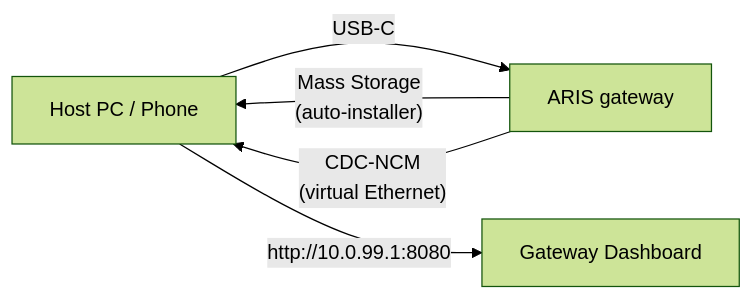
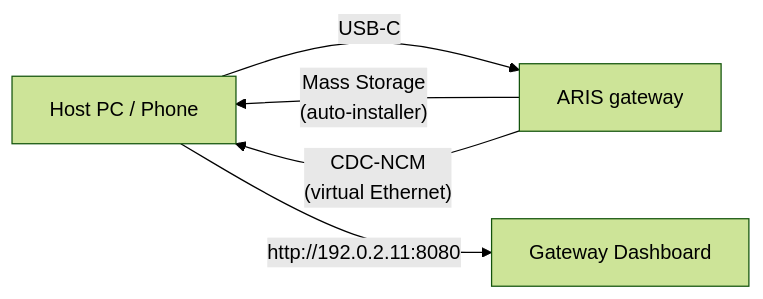
Before and after one commit to celestia-island/aris: the diagram in docs/en/guides/usb-c-provisioning.md, drawn with Mermaid (forest theme). The commit also changed other lines of this file and 18 other files, not shown here.

````diff
--- a/docs/en/guides/usb-c-provisioning.md
+++ b/docs/en/guides/usb-c-provisioning.md
@@ -26,7 +26,7 @@
 ```mermaid
 flowchart LR
     HOST["Host PC / Phone"] -->|"USB-C"| ARIS["ARIS gateway"]
     ARIS -->|"Mass Storage\n(auto-installer)"| HOST
     ARIS -->|"CDC-NCM\n(virtual Ethernet)"| HOST
-    HOST -->|"http://10.0.99.1:8080"| DASH["Gateway Dashboard"]
+    HOST -->|"http://192.0.2.11:8080"| DASH["Gateway Dashboard"]
 ```
````
